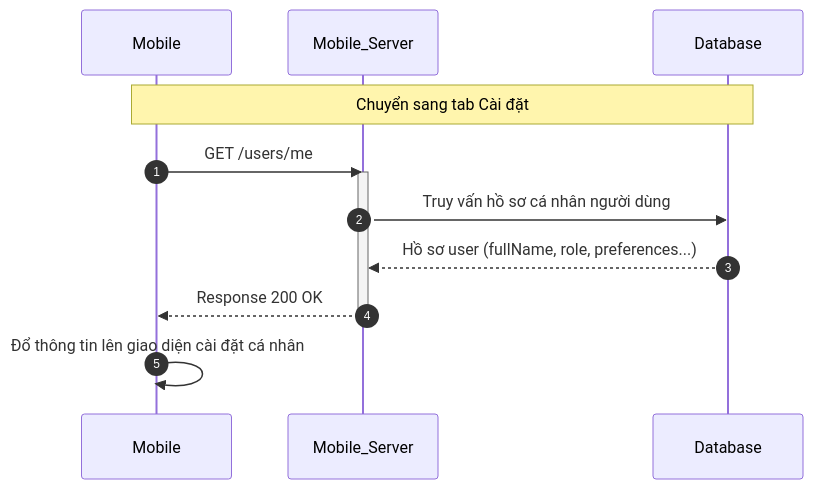
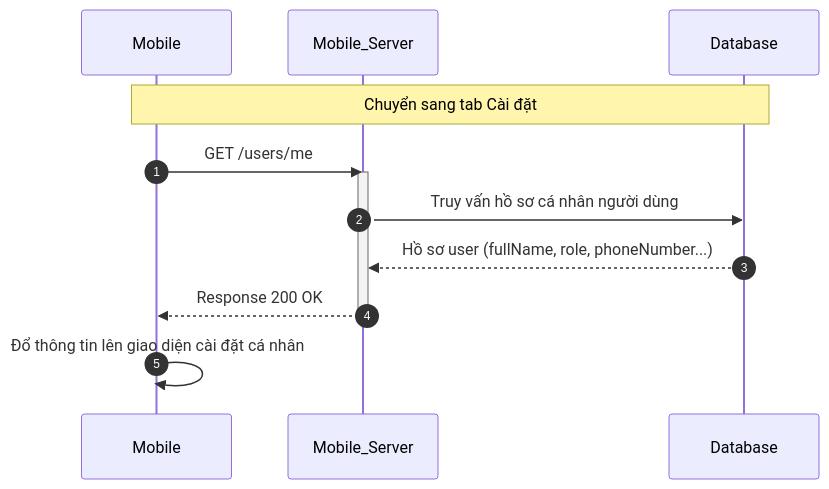
The seventh of 17 diagrams in docs/04-sequence-diagram.md (trungnguyenthien/Wildlife-Warning-and-Deterrence-System), drawn with Mermaid before and after one commit. The commit also changed other lines of this file and 3 other files, not shown here.

Commit message:
docs: update mobile API and sequence diagrams, add database schema documentation, and create a UI-API-database review skill definition.

````diff
--- a/docs/04-sequence-diagram.md
+++ b/docs/04-sequence-diagram.md
@@ -229,16 +229,16 @@
 ```mermaid
 sequenceDiagram
     autonumber
     participant Mobile as Mobile
     participant Mobile_Server as Mobile_Server
     participant Database as Database
 
     Note over Mobile, Database: Chuyển sang tab Cài đặt
     Mobile->>Mobile_Server: GET /users/me
     activate Mobile_Server
     Mobile_Server->>Database: Truy vấn hồ sơ cá nhân người dùng
-    Database-->>Mobile_Server: Hồ sơ user (fullName, role, preferences...)
+    Database-->>Mobile_Server: Hồ sơ user (fullName, role, phoneNumber...)
     Mobile_Server-->>Mobile: Response 200 OK
     deactivate Mobile_Server
     Mobile->>Mobile: Đổ thông tin lên giao diện cài đặt cá nhân
 ```
````
